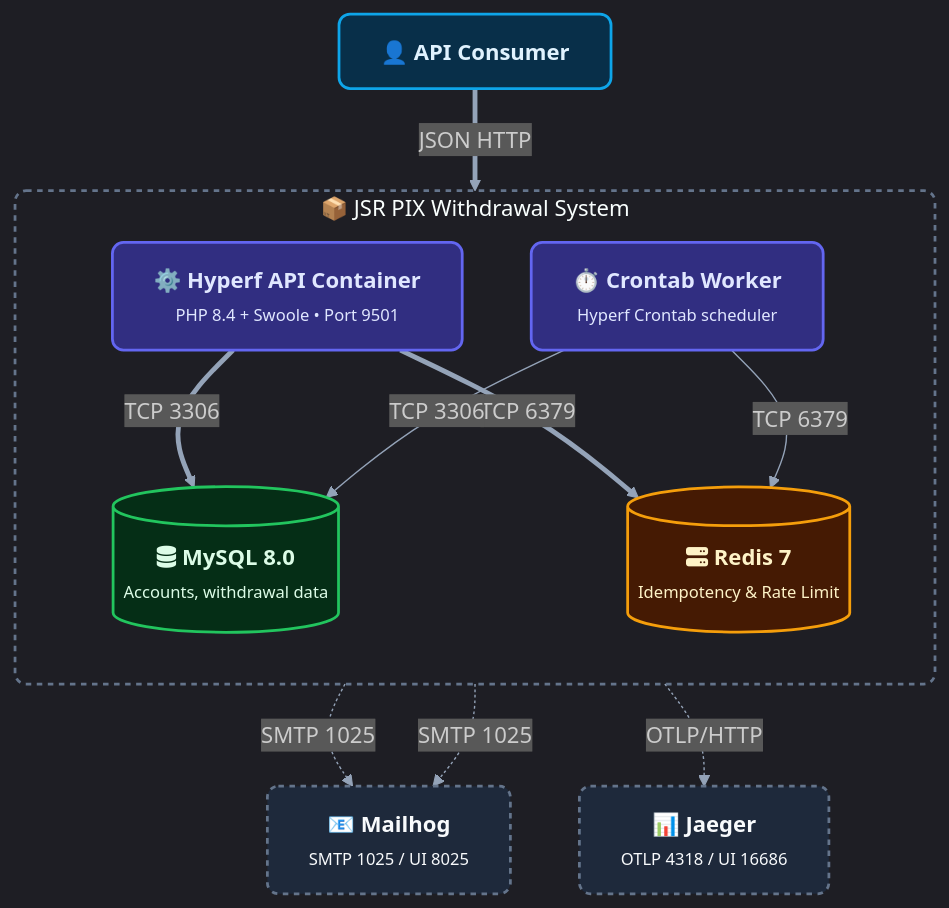
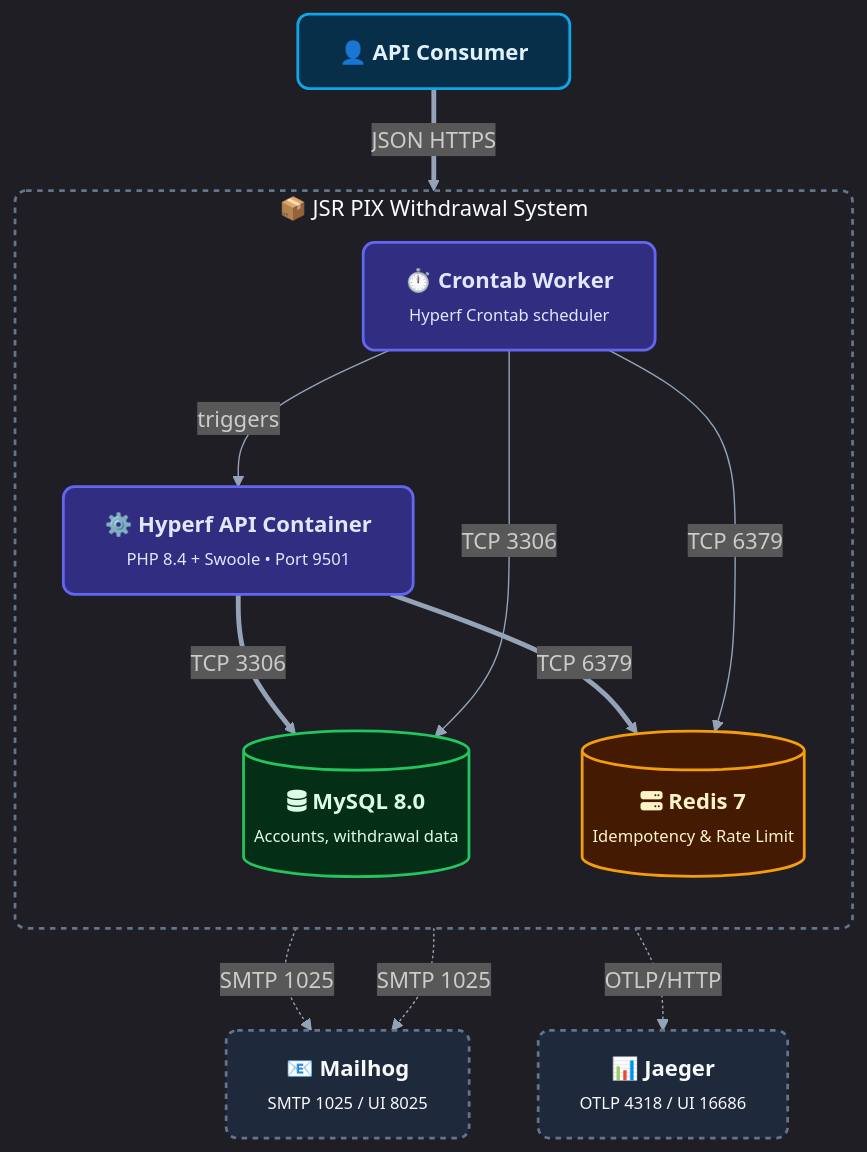
Before and after one commit to jonatamsr/jsr-pix-withdrawal: the third of 10 diagrams in README.md, drawn with Mermaid. The commit also changed other lines of this file and 15 other files, not shown here.

First line of the commit message:
Add architectural decision records for observability, persistence, caching, scheduling, and documentation

````diff
--- a/README.md
+++ b/README.md
@@ -480,35 +493,36 @@
 ```mermaid
 %%{init: {'theme': 'dark', 'themeVariables': { 'fontFamily': 'ui-sans-serif, system-ui', 'primaryColor': '#1e293b', 'primaryBorderColor': '#334155', 'lineColor': '#94a3b8'}}}%%
 flowchart TB
     classDef user fill:#082f49,stroke:#0ea5e9,stroke-width:2px,color:#e0f2fe,rx:8px
     classDef app fill:#312e81,stroke:#6366f1,stroke-width:2px,color:#e0e7ff,rx:8px
     classDef db fill:#052e16,stroke:#22c55e,stroke-width:2px,color:#dcfce7,rx:8px
     classDef cache fill:#451a03,stroke:#f59e0b,stroke-width:2px,color:#fef3c7,rx:8px
     classDef ext fill:#1e293b,stroke:#64748b,stroke-width:2px,color:#f8fafc,rx:8px,stroke-dasharray: 4 4
     classDef boundary fill:none,stroke:#64748b,stroke-width:2px,stroke-dasharray: 4 4,rx:8px
 
     USER["👤 <b>API Consumer</b>"]:::user
 
     subgraph SYSTEM ["📦 JSR PIX Withdrawal System"]
         direction TB
         API["⚙️ <b>Hyperf API Container</b><br/><span style='font-size:12px;color:#94a3b8'>PHP 8.4 + Swoole • Port 9501</span>"]:::app
         CRON["⏱️ <b>Crontab Worker</b><br/><span style='font-size:12px;color:#94a3b8'>Hyperf Crontab scheduler</span>"]:::app
         MYSQL[("fa:fa-database <b>MySQL 8.0</b><br/><span style='font-size:12px;color:#94a3b8'>Accounts, withdrawal data</span>")]:::db
         REDIS[("fa:fa-server <b>Redis 7</b><br/><span style='font-size:12px;color:#94a3b8'>Idempotency & Rate Limit</span>")]:::cache
     end
 
     MAIL["📧 <b>Mailhog</b><br/><span style='font-size:12px;color:#94a3b8'>SMTP 1025 / UI 8025</span>"]:::ext
     JAE["📊 <b>Jaeger</b><br/><span style='font-size:12px;color:#94a3b8'>OTLP 4318 / UI 16686</span>"]:::ext
 
-    USER == "JSON HTTP" ==> API
+    USER == "JSON HTTPS" ==> API
     API ==>|"TCP 3306"| MYSQL
     API ==>|"TCP 6379"| REDIS
     CRON -->|"TCP 3306"| MYSQL
     CRON -->|"TCP 6379"| REDIS
+    CRON -->|"triggers"| API
 
     API -.->|"SMTP 1025"| MAIL
     CRON -.->|"SMTP 1025"| MAIL
     API -.->|"OTLP/HTTP"| JAE
 
     class SYSTEM boundary
 ```
````
